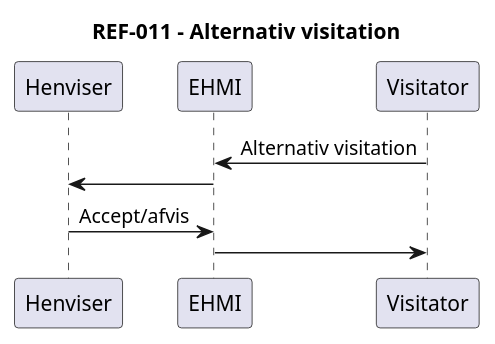
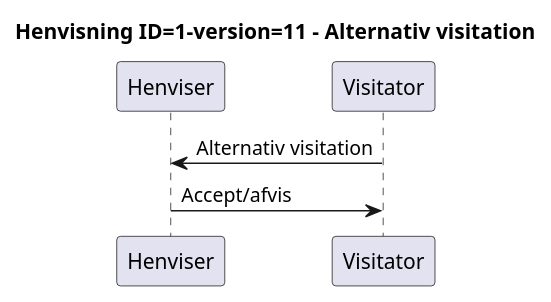
Before and after one commit to medcomdk/dk-medcom-ref-lm: diagram 11 of 12 in input/plantuml/fhir-henvisning-messaging.puml, drawn with PlantUML. The commit also changed other lines of this file and 15 other files, not shown here.

```diff
--- a/input/plantuml/fhir-henvisning-messaging.puml
+++ b/input/plantuml/fhir-henvisning-messaging.puml
@@ -105,11 +125,11 @@
 @startuml
 
- title REF-011 - Alternativ visitation
+ title Henvisning ID=1-version=11 - Alternativ visitation
  participant Henviser
- participant EHMI
  participant Visitator
-Visitator -> EHMI : Alternativ visitation
-EHMI -> Henviser
-Henviser -> EHMI : Accept/afvis
-EHMI -> Visitator
+
+Visitator -> Henviser : Alternativ visitation
+
+Henviser -> Visitator : Accept/afvis
+
 @enduml
```
